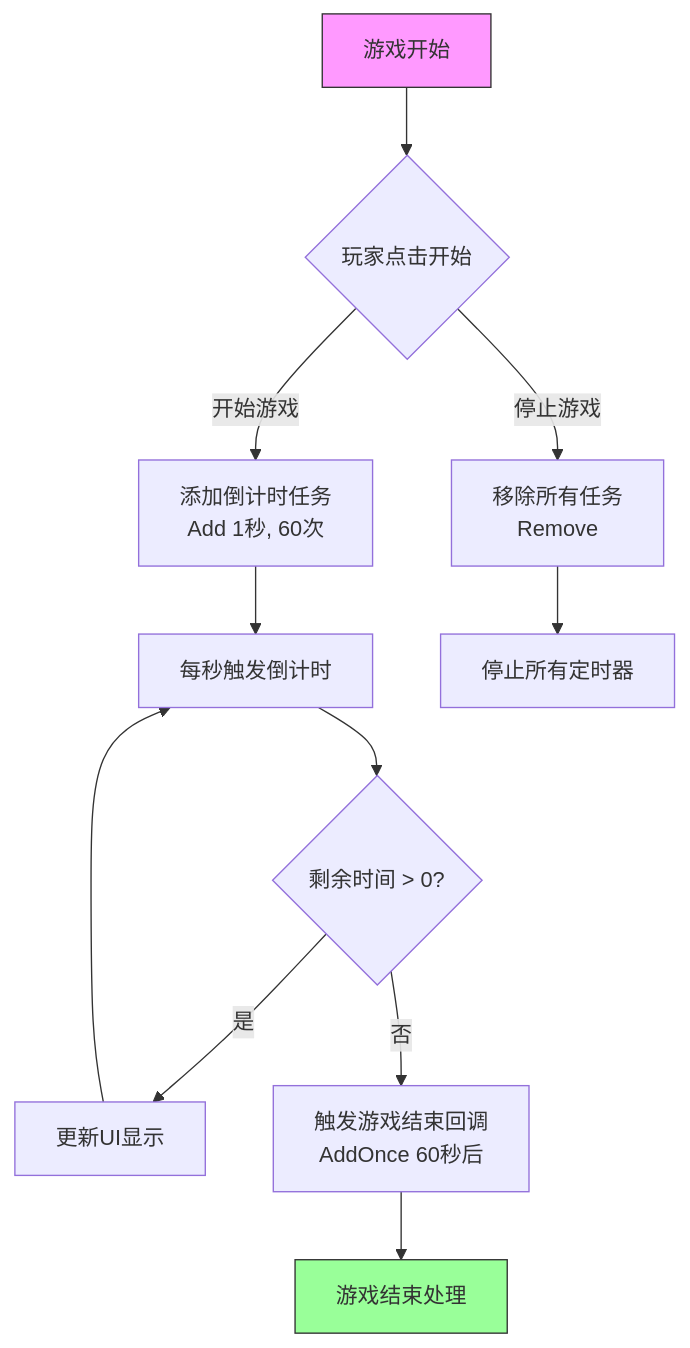
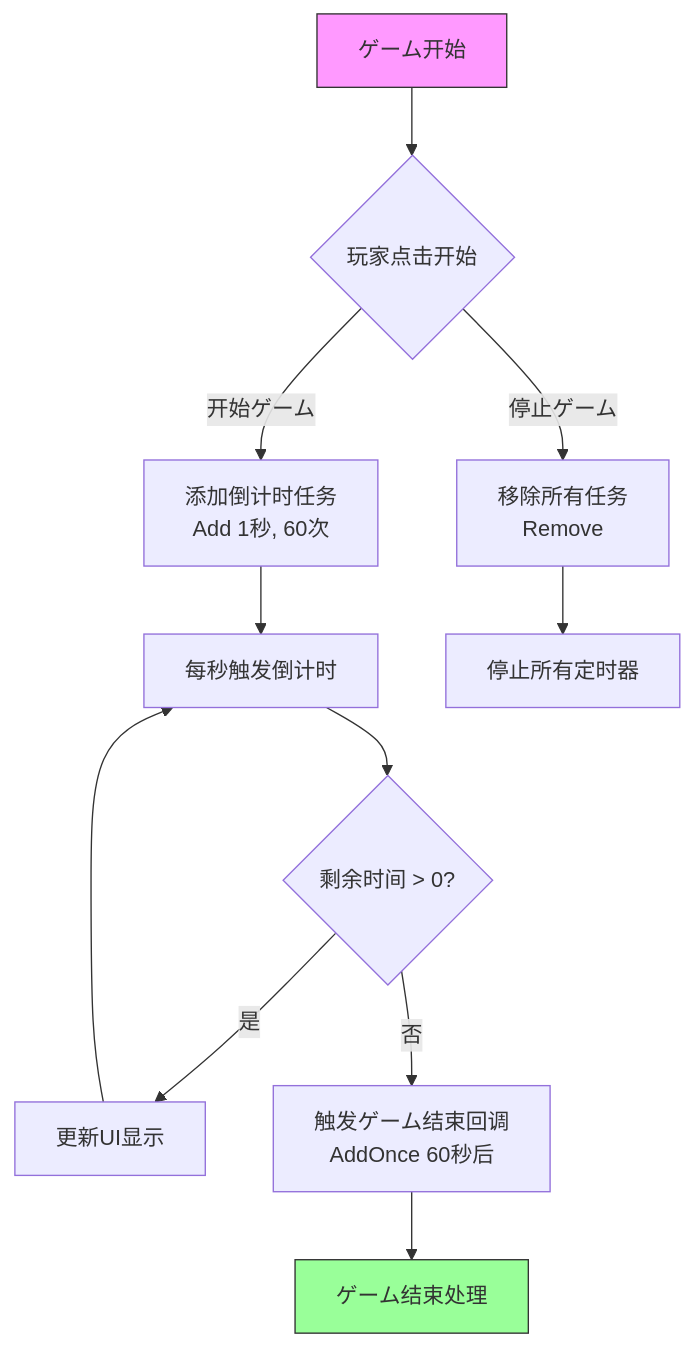
One commit to AlianBlank/GameFrameX.Docs changed the diagram in docs/ja/client/unity/component/timer/12.samples.md. Above: the diagram before and after it, drawn with Mermaid. The commit also changed other lines of this file and 603 other files, not shown here.

````diff
--- a/docs/ja/client/unity/component/timer/12.samples.md
+++ b/docs/ja/client/unity/component/timer/12.samples.md
@@ -274,18 +274,18 @@
 ```mermaid
 flowchart TD
-    A[游戏开始] --> B{玩家点击开始}
-    B -->|开始游戏| C[添加倒计时任务<br/>Add 1秒, 60次]
-    B -->|停止游戏| D[移除所有任务<br/>Remove]
+    A[ゲーム开始] --> B{玩家点击开始}
+    B -->|开始ゲーム| C[添加倒计时任务<br/>Add 1秒, 60次]
+    B -->|停止ゲーム| D[移除所有任务<br/>Remove]
     
     C --> E[每秒触发倒计时]
     E --> F{剩余时间 > 0?}
     F -->|是| G[更新UI显示]
     G --> E
-    F -->|否| H[触发游戏结束回调<br/>AddOnce 60秒后]
-    H --> I[游戏结束处理]
+    F -->|否| H[触发ゲーム结束回调<br/>AddOnce 60秒后]
+    H --> I[ゲーム结束处理]
     
     D --> J[停止所有定时器]
     
     style A fill:#f9f,stroke:#333
     style I fill:#9f9,stroke:#333
 ```
````
